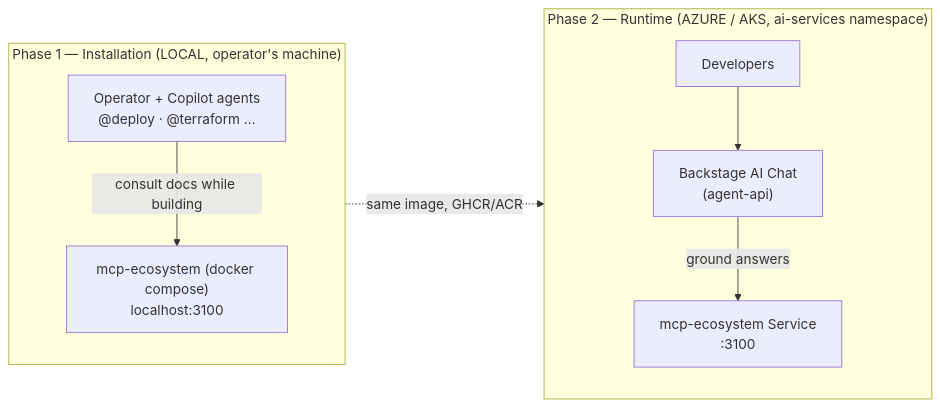
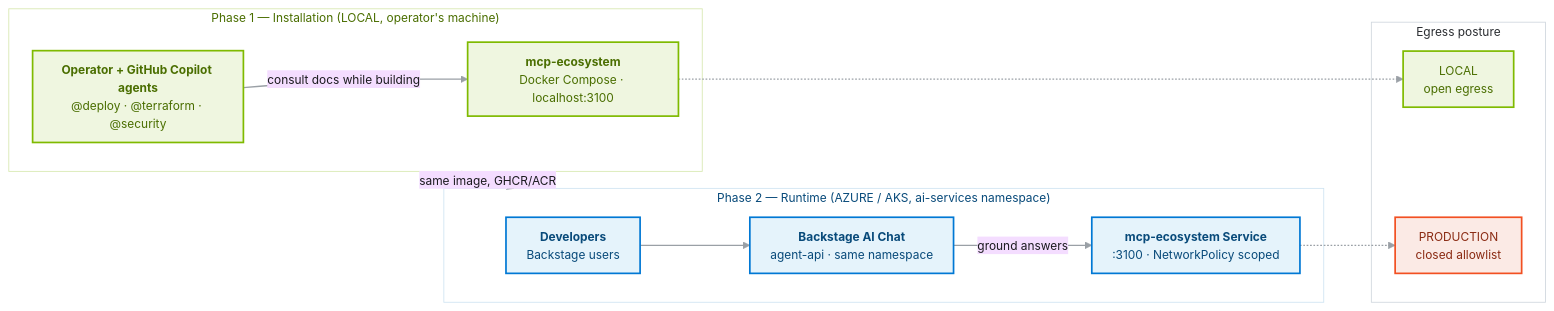
One commit to Ohorizons/ohorizons-lastest changed the fifth of 5 diagrams in mcp-servers/ARCHITECTURE.md. Above: the diagram before and after it, drawn with Mermaid. The commit also changed other lines of this file and 43 other files, not shown here.

First line of the commit message:
Update documentation and configuration for Azure Managed Redis and architecture diagrams

````diff
--- a/mcp-servers/ARCHITECTURE.md
+++ b/mcp-servers/ARCHITECTURE.md
@@ -256,15 +330,36 @@
 ```mermaid
+%%{init: {'theme':'base','themeVariables':{'background':'#FFFFFF','mainBkg':'#FFFFFF','fontFamily':'Segoe UI, system-ui, sans-serif','fontSize':'14px','primaryTextColor':'#1B1B1F','lineColor':'#9AA0A6','clusterBkg':'#FFFFFF','clusterBorder':'#D0D7DE'},'flowchart':{'curve':'basis','padding':12,'nodeSpacing':48,'rankSpacing':56}}}%%
 flowchart LR
     subgraph Install["Phase 1 — Installation (LOCAL, operator's machine)"]
-        OP["Operator + Copilot agents<br/>@deploy · @terraform …"]
-        ECOL["mcp-ecosystem (docker compose)<br/>localhost:3100"]
+    OP["<b>Operator + GitHub Copilot agents</b><br/>@deploy · @terraform · @security"]
+    ECOL["<b>mcp-ecosystem</b><br/>Docker Compose · localhost:3100"]
         OP -->|consult docs while building| ECOL
     end
     subgraph Runtime["Phase 2 — Runtime (AZURE / AKS, ai-services namespace)"]
-        DEV["Developers"]
-        CHAT["Backstage AI Chat<br/>(agent-api)"]
-        ECOK["mcp-ecosystem Service<br/>:3100"]
+    DEV["<b>Developers</b><br/>Backstage users"]
+    CHAT["<b>Backstage AI Chat</b><br/>agent-api · same namespace"]
+    ECOK["<b>mcp-ecosystem Service</b><br/>:3100 · NetworkPolicy scoped"]
         DEV --> CHAT -->|ground answers| ECOK
     end
     Install -.->|same image, GHCR/ACR| Runtime
+
+  subgraph Egress["Egress posture"]
+    LOCAL["LOCAL<br/>open egress"]
+    PROD["PRODUCTION<br/>closed allowlist"]
+  end
+  ECOL -.-> LOCAL
+  ECOK -.-> PROD
+
+  classDef local fill:#EFF6E0,stroke:#7FBA00,stroke-width:2px,color:#4A6E00;
+  classDef runtime fill:#E5F3FB,stroke:#0078D4,stroke-width:2px,color:#084A7A;
+  classDef secure fill:#FBEAE5,stroke:#F25022,stroke-width:2px,color:#8A2A12;
+  classDef neutral fill:#F3F4F6,stroke:#6B7280,stroke-width:1.5px,color:#2A2D31;
+
+  class OP,ECOL,LOCAL local
+  class DEV,CHAT,ECOK runtime
+  class PROD secure
+  style Install fill:#FFFFFF,stroke:#D7E8B0,stroke-width:1px,color:#4A6E00
+  style Runtime fill:#FFFFFF,stroke:#CFE4F2,stroke-width:1px,color:#084A7A
+  style Egress fill:#FFFFFF,stroke:#D0D7DE,stroke-width:1px,color:#2A2D31
+  linkStyle default stroke:#9AA0A6,stroke-width:1.6px
 ```
````
